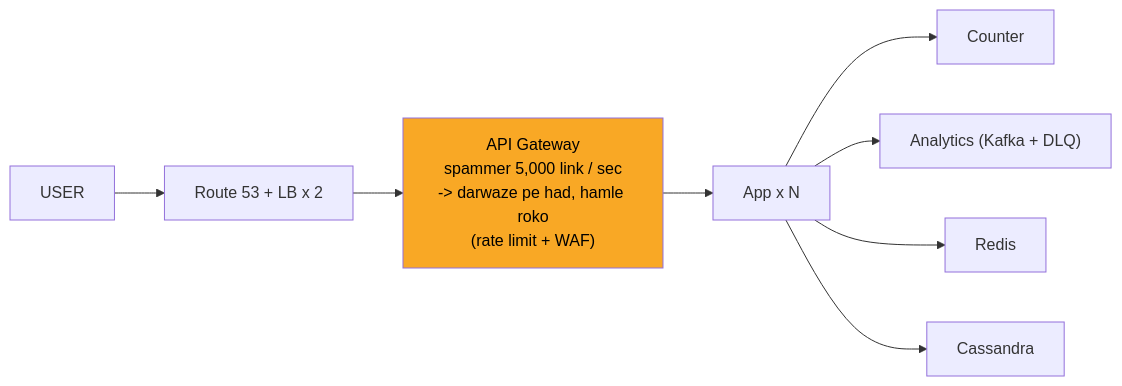
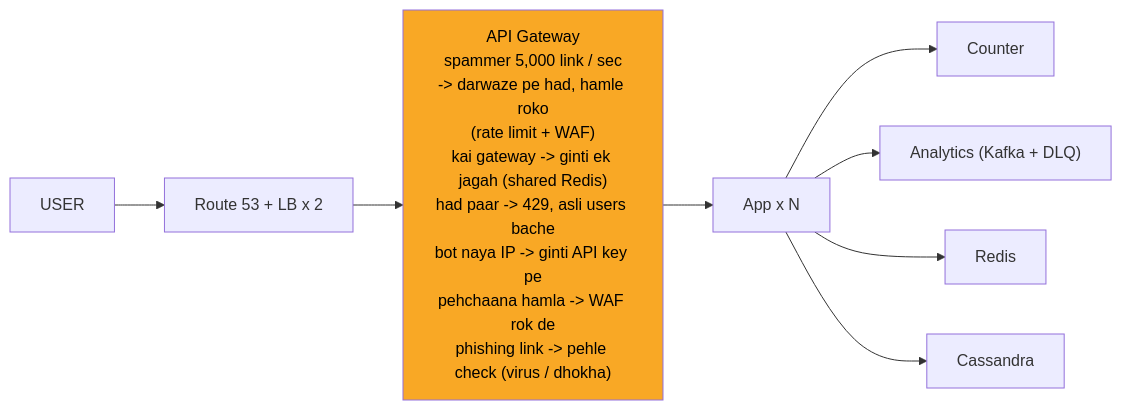
One commit to ArpanMaheshwari144/Prep changed the ninth of 10 diagrams in 04_HLD/SYSTEM_DESIGNS/01_url_shortener/01_url_shortener.md. Above: the diagram before and after it, drawn with Mermaid. The commit also changed other lines of this file, not shown here.

Commit message:
url shortener: peele dabbe me SAFAR ke mod (diagram padhte hi sab mile)

````diff
--- a/04_HLD/SYSTEM_DESIGNS/01_url_shortener/01_url_shortener.md
+++ b/04_HLD/SYSTEM_DESIGNS/01_url_shortener/01_url_shortener.md
@@ -386,19 +386,19 @@
 ```mermaid
 flowchart LR
     n_USER["USER"]
     n_EDGE["Route 53 + LB x 2"]
-    n_API_Gateway["API Gateway<br/>spammer 5,000 link / sec<br/>-> darwaze pe had, hamle roko<br/>(rate limit + WAF)"]
+    n_API_Gateway["API Gateway<br/>spammer 5,000 link / sec<br/>-> darwaze pe had, hamle roko<br/>(rate limit + WAF)<br/>kai gateway -> ginti ek jagah (shared Redis)<br/>had paar -> 429, asli users bache<br/>bot naya IP -> ginti API key pe<br/>pehchaana hamla -> WAF rok de<br/>phishing link -> pehle check (virus / dhokha)"]
     n_App_xN["App x N"]
     n_Counter["Counter"]
     n_ANA["Analytics (Kafka + DLQ)"]
     n_Redis["Redis"]
     n_Cassandra["Cassandra"]
     n_USER --> n_EDGE
     n_EDGE --> n_API_Gateway
     n_API_Gateway --> n_App_xN
     n_App_xN --> n_Counter
     n_App_xN --> n_ANA
     n_App_xN --> n_Redis
     n_App_xN --> n_Cassandra
     style n_API_Gateway fill:#f9a825,color:#000
 ```
````
